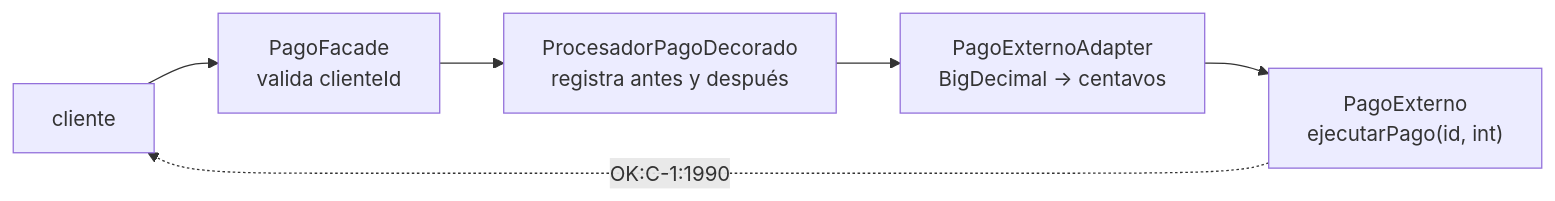
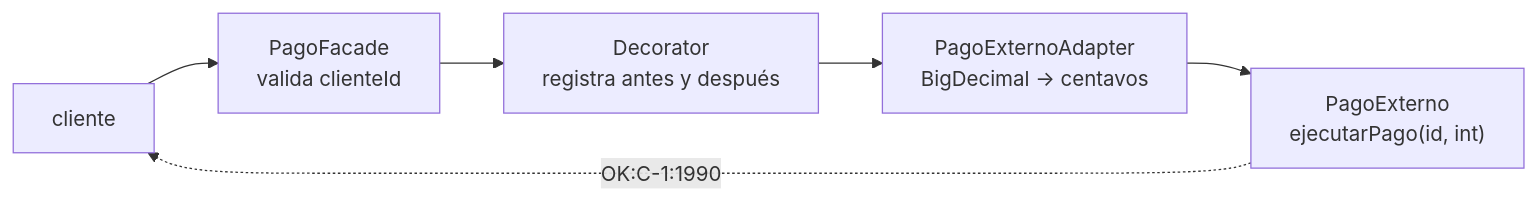
Before and after one commit to NICORUIZ93/The_Imperial_Book: the fourth of 6 diagrams in web/public/content/java/modulo-12.md, drawn with Mermaid. The commit also changed other lines of this file and 65 other files, not shown here.

````diff
--- a/web/public/content/java/modulo-12.md
+++ b/web/public/content/java/modulo-12.md
@@ -1687,8 +1955,8 @@
 ```mermaid
 flowchart LR
     C["cliente"] --> F["PagoFacade<br/>valida clienteId"]
-    F --> D["ProcesadorPagoDecorado<br/>registra antes y después"]
+    F --> D["Decorator<br/>registra antes y después"]
     D --> A["PagoExternoAdapter<br/>BigDecimal → centavos"]
     A --> P["PagoExterno<br/>ejecutarPago(id, int)"]
     P -. "OK:C-1:1990" .-> C
 ```
````
